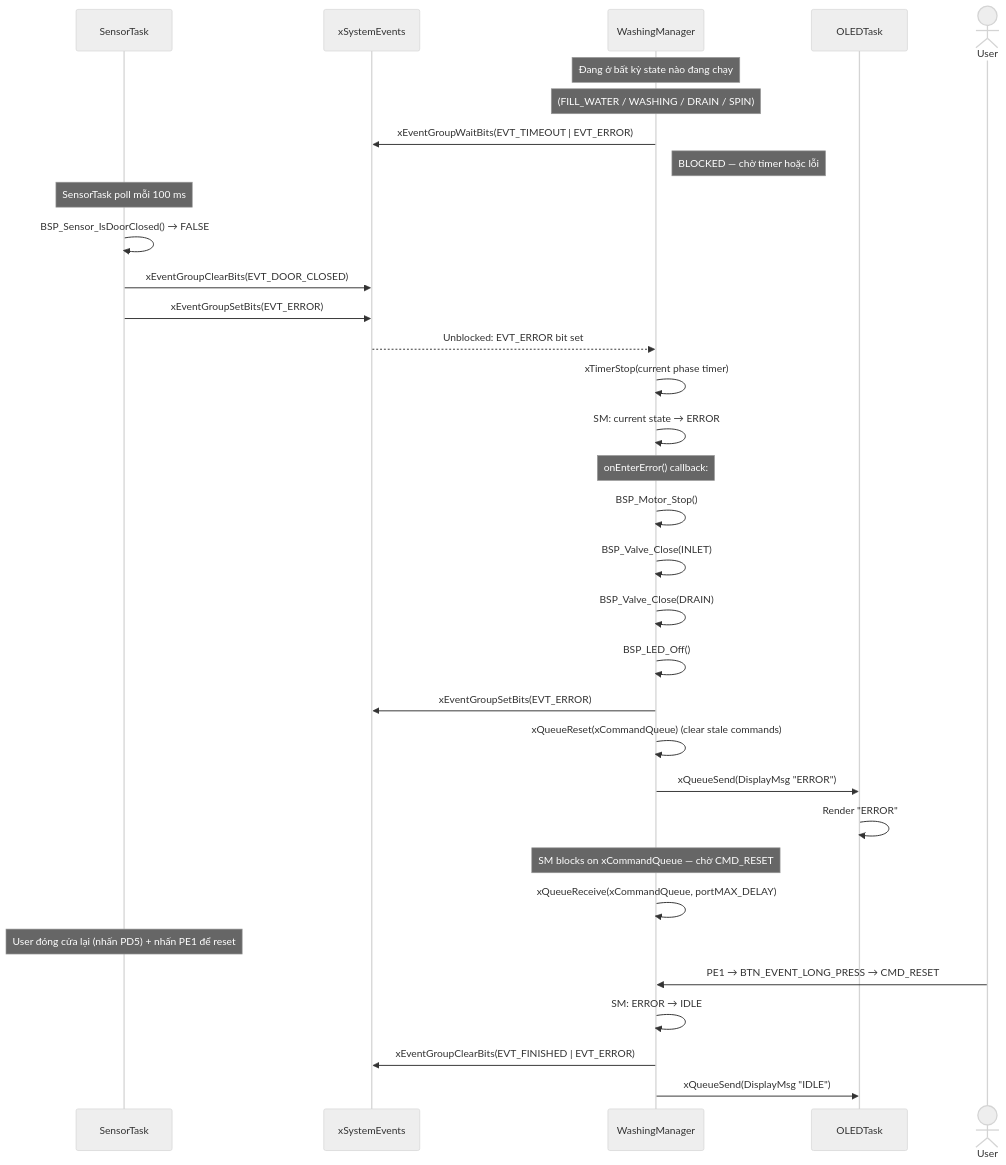
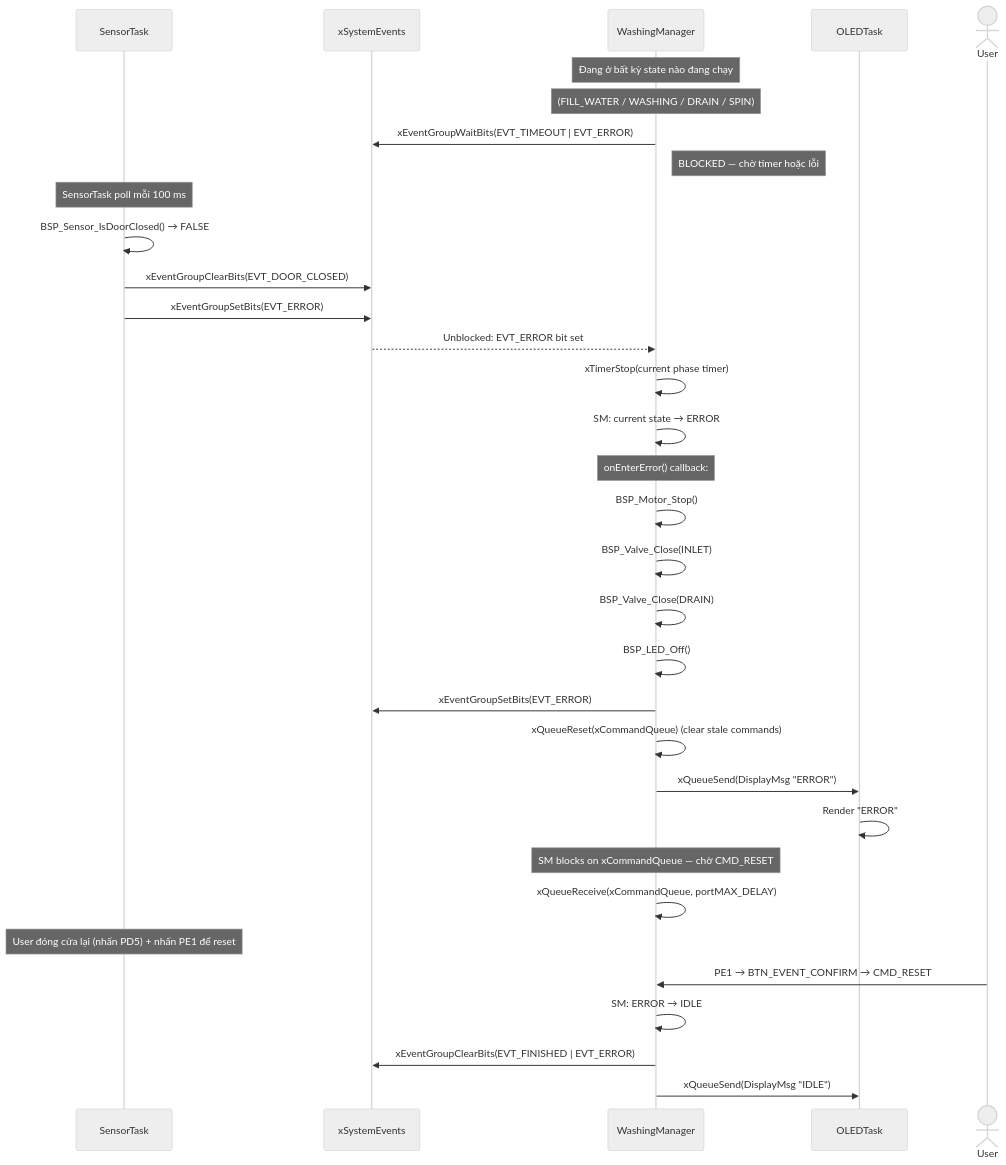
Before and after one commit to TTonyVi/Freertos_ST: the fifth of 9 diagrams in docs/SYSTEM_DIAGRAMS.md, drawn with Mermaid (neutral theme). The commit also changed other lines of this file and 13 other files, not shown here.

````diff
--- a/docs/SYSTEM_DIAGRAMS.md
+++ b/docs/SYSTEM_DIAGRAMS.md
@@ -283,41 +283,41 @@
 ```mermaid
 sequenceDiagram
     participant SENS as SensorTask
     participant EG   as xSystemEvents
     participant WASH as WashingManager
     participant OLED as OLEDTask
 
     Note over WASH: Đang ở bất kỳ state nào đang chạy
     Note over WASH: (FILL_WATER / WASHING / DRAIN / SPIN)
     WASH->>EG: xEventGroupWaitBits(EVT_TIMEOUT | EVT_ERROR)
     Note right of WASH: BLOCKED — chờ timer hoặc lỗi
 
     Note over SENS: SensorTask poll mỗi 100 ms
     SENS->>SENS: BSP_Sensor_IsDoorClosed() → FALSE
     SENS->>EG: xEventGroupClearBits(EVT_DOOR_CLOSED)
     SENS->>EG: xEventGroupSetBits(EVT_ERROR)
 
     EG-->>WASH: Unblocked: EVT_ERROR bit set
     WASH->>WASH: xTimerStop(current phase timer)
     WASH->>WASH: SM: current state → ERROR
 
     Note over WASH: onEnterError() callback:
     WASH->>WASH: BSP_Motor_Stop()
     WASH->>WASH: BSP_Valve_Close(INLET)
     WASH->>WASH: BSP_Valve_Close(DRAIN)
     WASH->>WASH: BSP_LED_Off()
     WASH->>EG: xEventGroupSetBits(EVT_ERROR)
     WASH->>WASH: xQueueReset(xCommandQueue) (clear stale commands)
     WASH->>OLED: xQueueSend(DisplayMsg "ERROR")
     OLED->>OLED: Render "ERROR"
 
     Note over WASH: SM blocks on xCommandQueue — chờ CMD_RESET
     WASH->>WASH: xQueueReceive(xCommandQueue, portMAX_DELAY)
 
     Note over SENS: User đóng cửa lại (nhấn PD5) + nhấn PE1 để reset
     actor User
-    User->>WASH: PE1 → BTN_EVENT_LONG_PRESS → CMD_RESET
+    User->>WASH: PE1 → BTN_EVENT_CONFIRM → CMD_RESET
     WASH->>WASH: SM: ERROR → IDLE
     WASH->>EG: xEventGroupClearBits(EVT_FINISHED | EVT_ERROR)
     WASH->>OLED: xQueueSend(DisplayMsg "IDLE")
 ```
````
